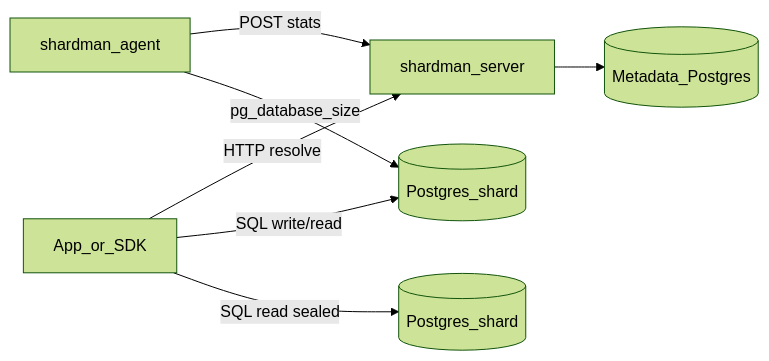
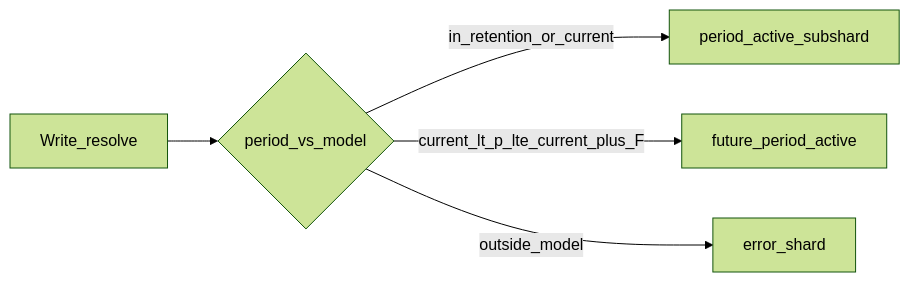
Before and after one commit to tormoz70/shardman: the first of 2 diagrams in docs/mvp-plan.md, drawn with Mermaid (forest theme). The commit also changed other lines of this file and 2 other files, not shown here.

First line of the commit message:
Add Shardman Go MVP plan and supersede Rust MVP plan

````diff
--- a/docs/mvp-plan.md
+++ b/docs/mvp-plan.md
@@ -32,16 +27,8 @@
 ```mermaid
 flowchart LR
-  app[App_or_SDK]
-  cp[shardman_server]
-  meta[(Metadata_Postgres)]
-  agent[shardman_agent]
-  pg1[(Postgres_shard)]
-  pg2[(Postgres_shard)]
-
-  app -->|"HTTP resolve"| cp
-  cp --> meta
-  agent -->|"POST stats"| cp
-  agent -->|"pg_database_size"| pg1
-  app -->|"SQL write/read"| pg1
-  app -->|"SQL read sealed"| pg2
+  write[Write_resolve]
+  write --> check{period_vs_model}
+  check -->|"in_retention_or_current"| normal[period_active_subshard]
+  check -->|"current_lt_p_lte_current_plus_F"| future[future_period_active]
+  check -->|"outside_model"| errShard[error_shard]
 ```
````
